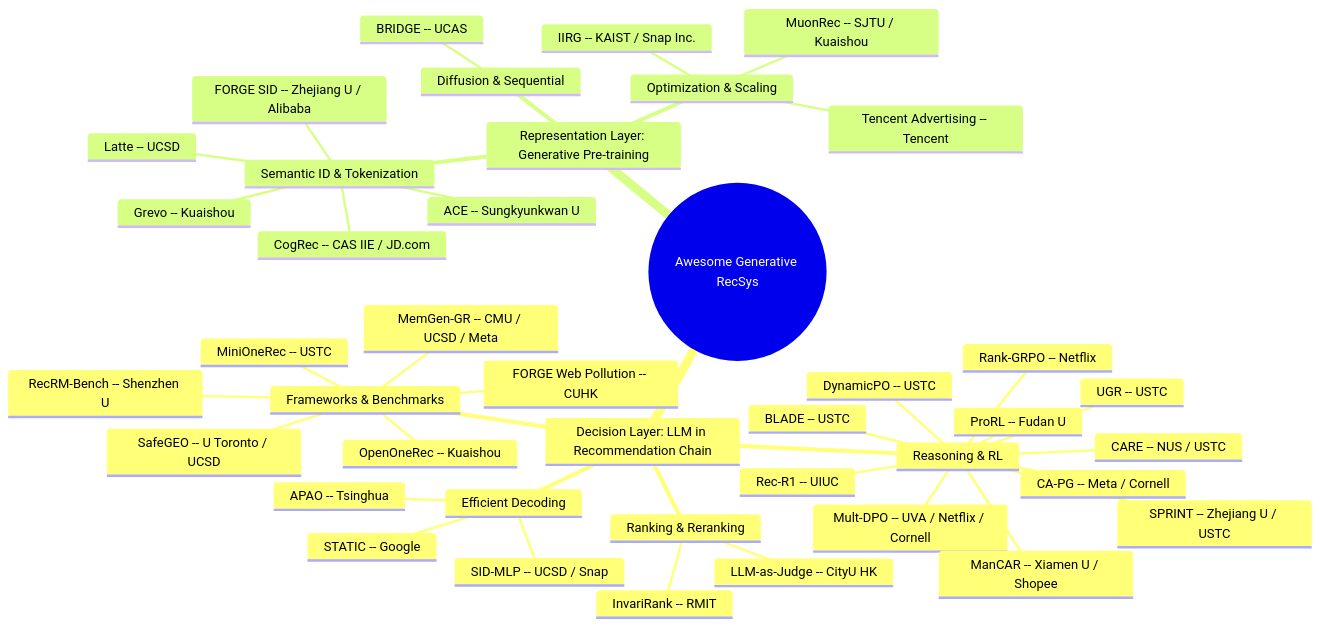
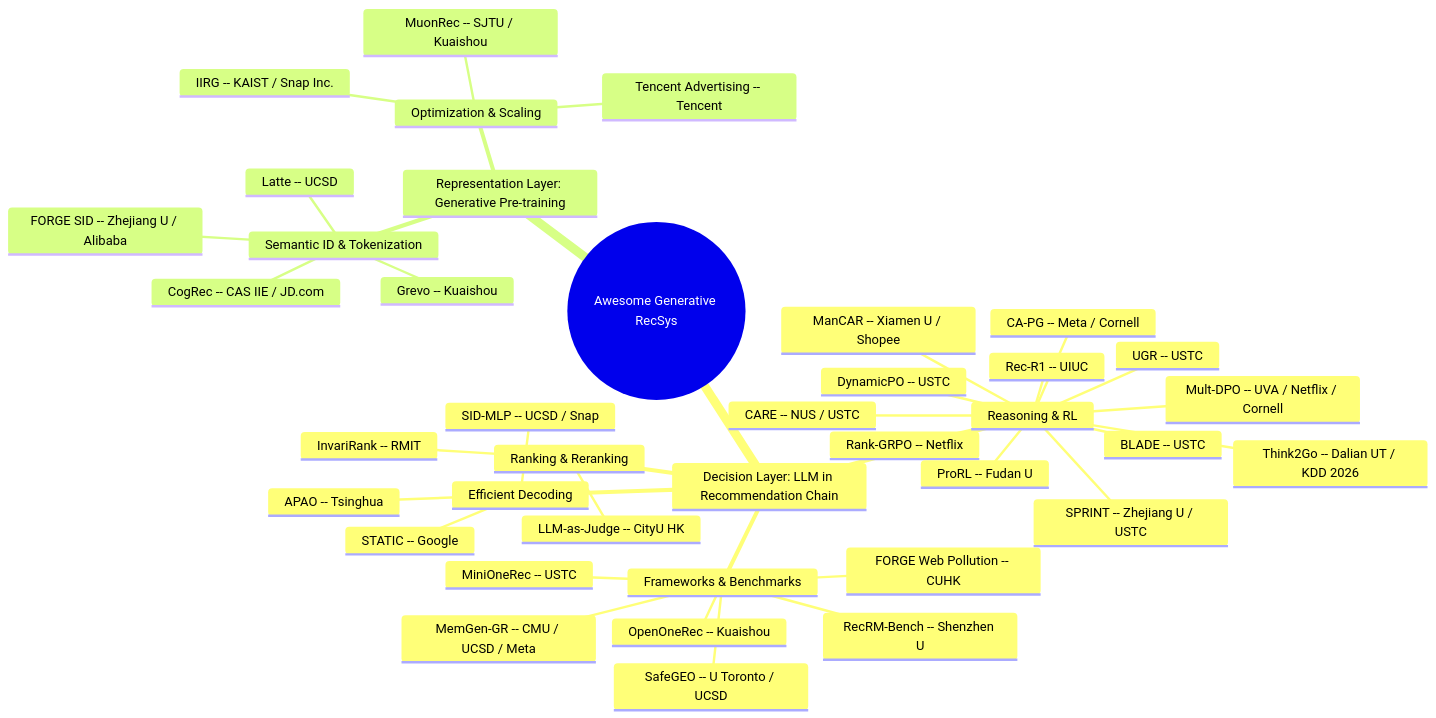
One commit to HaFred/awesome-generative-recsys changed the diagram in README.md. Above: the diagram before and after it, drawn with Mermaid. The commit also changed other lines of this file and 3 other files, not shown here.

````diff
--- a/README.md
+++ b/README.md
@@ -28,44 +28,42 @@
 ```mermaid
 mindmap
   root((Awesome Generative RecSys))
     Decision Layer: LLM in Recommendation Chain
       Reasoning & RL
         Rank-GRPO -- Netflix
         DynamicPO -- USTC
         BLADE -- USTC
         SPRINT -- Zhejiang U / USTC
         Mult-DPO -- UVA / Netflix / Cornell
         CA-PG -- Meta / Cornell
         ProRL -- Fudan U
         Rec-R1 -- UIUC
         ManCAR -- Xiamen U / Shopee
         CARE -- NUS / USTC
         UGR -- USTC
+        Think2Go -- Dalian UT / KDD 2026
       Ranking & Reranking
         InvariRank -- RMIT
         LLM-as-Judge -- CityU HK
       Frameworks & Benchmarks
         MiniOneRec -- USTC
         OpenOneRec -- Kuaishou
         RecRM-Bench -- Shenzhen U
         SafeGEO -- U Toronto / UCSD
         MemGen-GR -- CMU / UCSD / Meta
         FORGE Web Pollution -- CUHK
       Efficient Decoding
         STATIC -- Google
         APAO -- Tsinghua
         SID-MLP -- UCSD / Snap
     Representation Layer: Generative Pre-training
       Semantic ID & Tokenization
         Latte -- UCSD
         FORGE SID -- Zhejiang U / Alibaba
-        ACE -- Sungkyunkwan U
         CogRec -- CAS IIE / JD.com
         Grevo -- Kuaishou
-      Diffusion & Sequential
-        BRIDGE -- UCAS
       Optimization & Scaling
         MuonRec -- SJTU / Kuaishou
         Tencent Advertising -- Tencent
         IIRG -- KAIST / Snap Inc.
 ```
````
